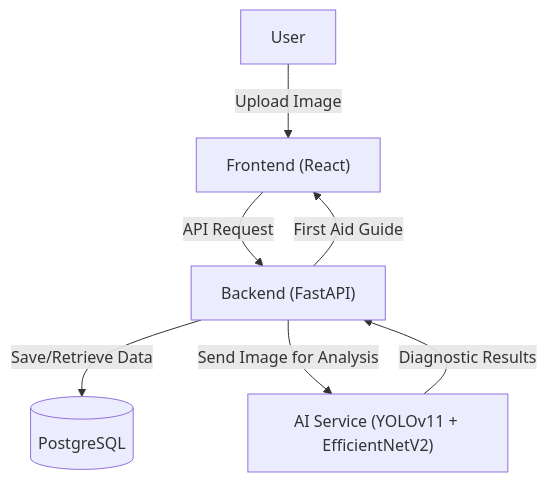
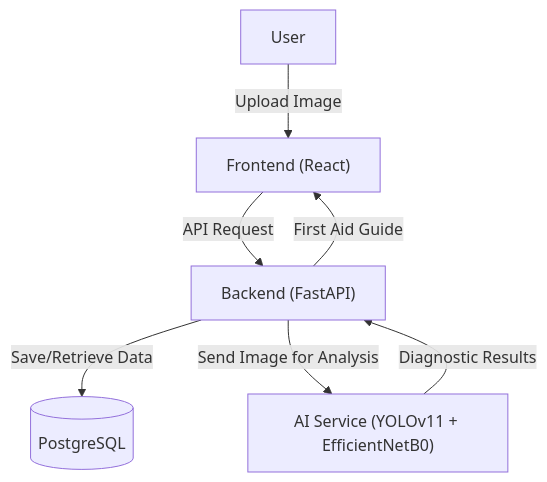
The diagram in README.md (Tunita2/SkinAid-Wound-detection-and-classification), drawn with Mermaid before and after one commit. The commit also changed other lines of this file, not shown here.

````diff
--- a/README.md
+++ b/README.md
@@ -37,9 +37,9 @@
 ```mermaid
 graph TD
     User["User"] -->|"Upload Image"| FE["Frontend (React)"]
     FE -->|"API Request"| BE["Backend (FastAPI)"]
     BE -->|"Save/Retrieve Data"| DB[("PostgreSQL")]
-    BE -->|"Send Image for Analysis"| AI["AI Service (YOLOv11 + EfficientNetV2)"]
+    BE -->|"Send Image for Analysis"| AI["AI Service (YOLOv11 + EfficientNetB0)"]
     AI -->|"Diagnostic Results"| BE
     BE -->|"First Aid Guide"| FE
 ```
````
